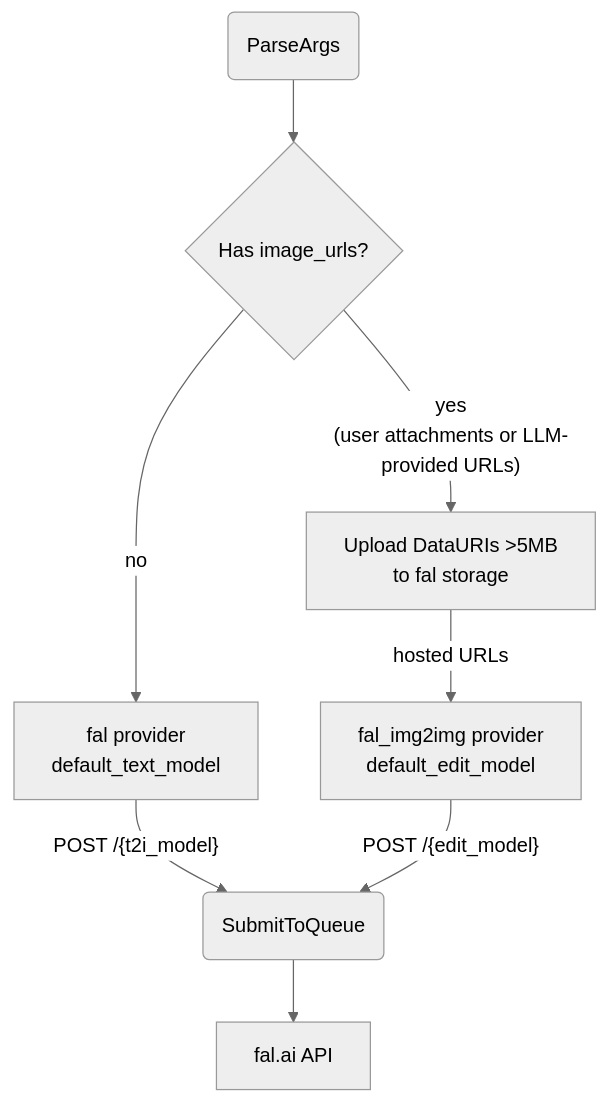
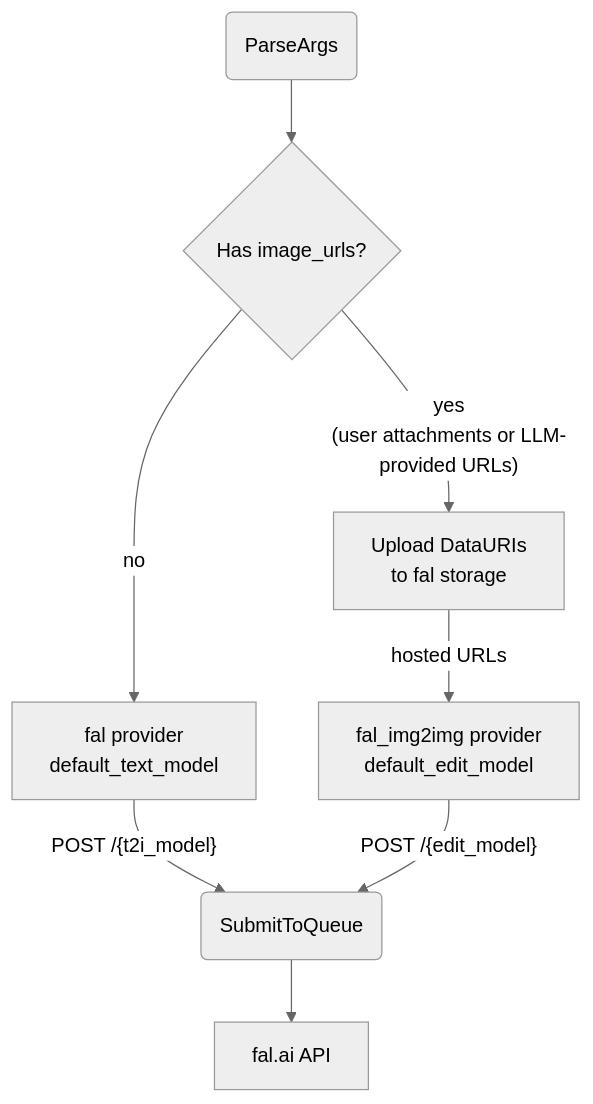
One commit to cosmoswafer/rockbot changed the third of 4 diagrams in _dfds/tools/image-gen.md. Above: the diagram before and after it, drawn with Mermaid (neutral theme). The commit also changed other lines of this file and 4 other files, not shown here.

````diff
--- a/_dfds/tools/image-gen.md
+++ b/_dfds/tools/image-gen.md
@@ -98,18 +98,18 @@
 ```mermaid
 flowchart TD
     PARSE(ParseArgs)
     CHECK{Has image_urls?}
     T2I[fal provider<br/>default_text_model]
-    UPLOAD[Upload DataURIs &gt;5MB<br/>to fal storage]
+    UPLOAD[Upload DataURIs<br/>to fal storage]
     EDIT[fal_img2img provider<br/>default_edit_model]
     SUBMIT(SubmitToQueue)
     FAL_API[fal.ai API]
 
     PARSE --> CHECK
     CHECK -->|"yes<br/>(user attachments or LLM-provided URLs)"| UPLOAD
     CHECK -->|"no"| T2I
     UPLOAD -->|"hosted URLs"| EDIT
     T2I -->|"POST /{t2i_model}"| SUBMIT
     EDIT -->|"POST /{edit_model}"| SUBMIT
     SUBMIT --> FAL_API
 ```
````
